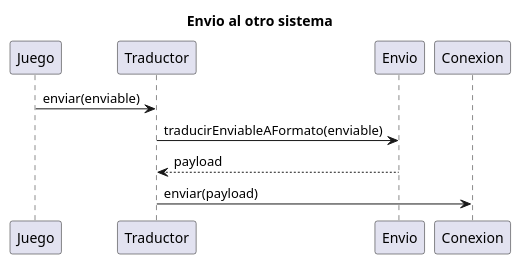
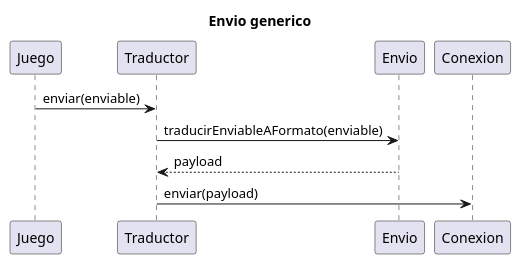
The first of 5 diagrams in PrimeraVersionArquitectura.md (UALodv717/juegos1000tres26-odv), drawn with PlantUML before and after one commit. The commit also changed other lines of this file and 46 other files, not shown here.

````diff
--- a/PrimeraVersionArquitectura.md
+++ b/PrimeraVersionArquitectura.md
@@ -142,16 +169,16 @@
 ```plantuml
 @startuml
-title Envio al otro sistema
+title Envio generico
 
 participant Juego
 participant Traductor
 participant Envio
 participant Conexion
 
 Juego -> Traductor : enviar(enviable)
 Traductor -> Envio : traducirEnviableAFormato(enviable)
 Envio --> Traductor : payload
 Traductor -> Conexion : enviar(payload)
 
 @enduml
 ```
````
